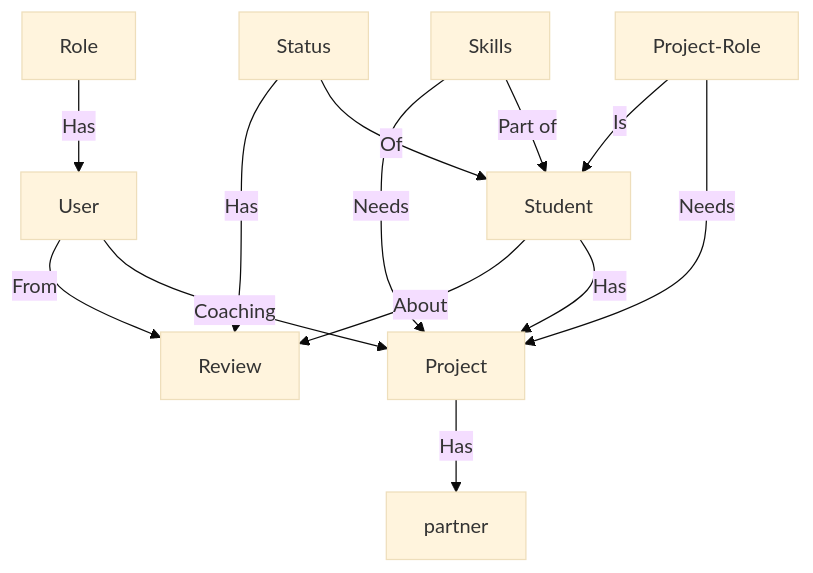
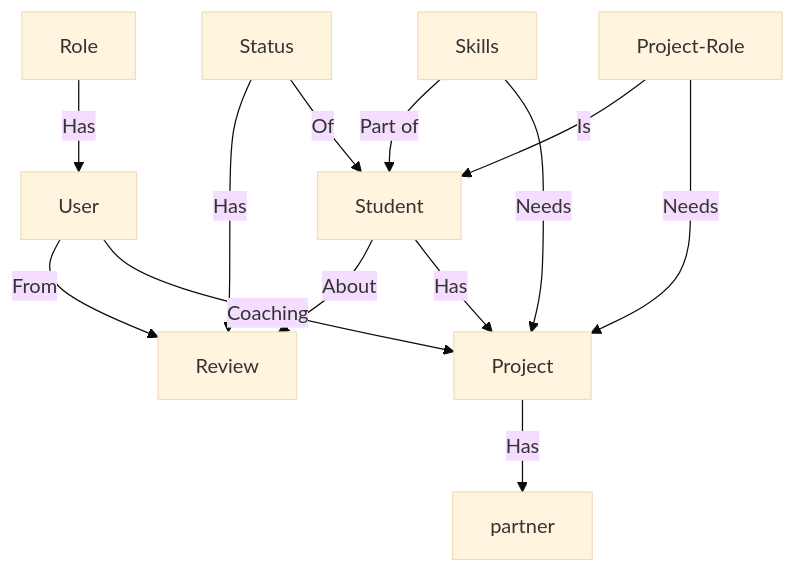
The diagram in files/domain_model.md (SELab-2/OSOC-3), drawn with Mermaid (base theme) before and after one commit. The commit also changed other lines of this file, not shown here.

````diff
--- a/files/domain_model.md
+++ b/files/domain_model.md
@@ -3,15 +3,15 @@
 ```mermaid
 graph TD;
     A[Role]--Has-->B[User];
     B--From-->C[Review];
     D[Status]--Has-->C;
     D--Of-->E[Student];
     E--About-->C;
+    G--Part of-->E;
     G[Skills]--Needs-->F;
-    G--Part of-->E;
     B--Coaching-->F[Project];
     E--Has-->F;
     H--Is-->E
     H[Project-Role]--Needs-->F;
     F--Has-->I[partner]
 ```
````
